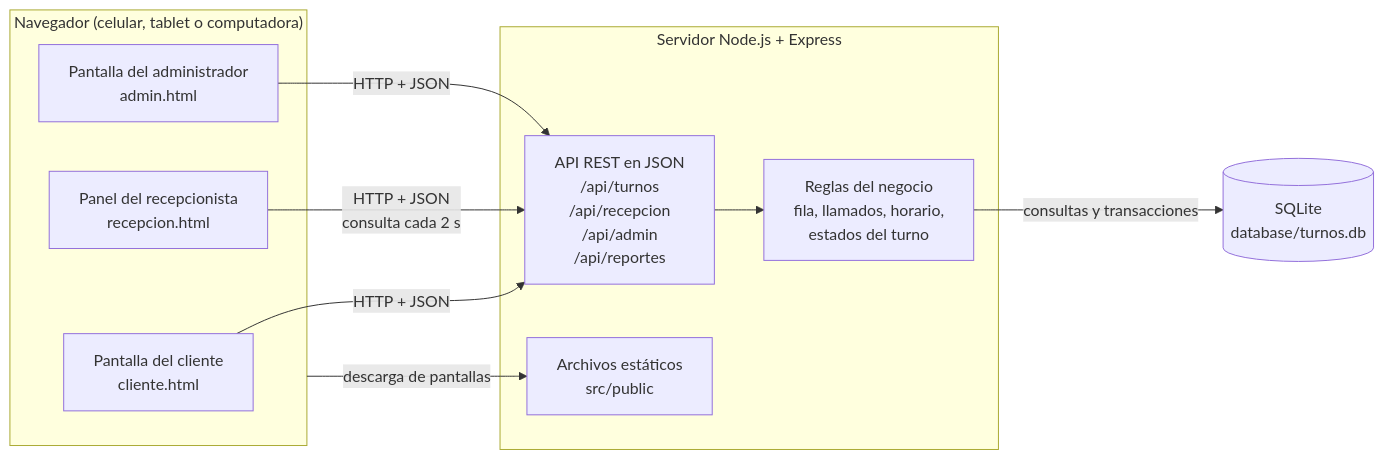
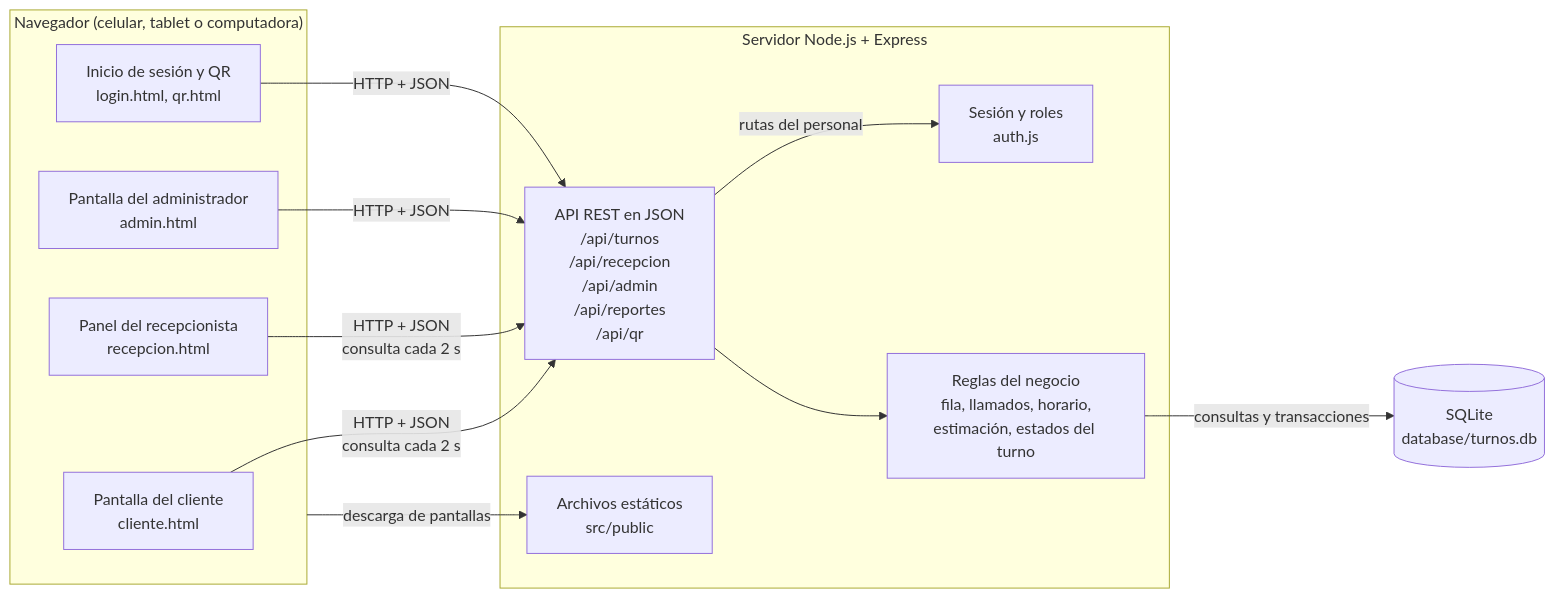
The diagram in docs/arquitectura.md (Dconduar/GestionDeTurnosProyecto), drawn with Mermaid before and after one commit. The commit also changed other lines of this file and 23 other files, not shown here.

Commit message:
GES-54: correcciones, turnos preferenciales y filtro de reportes

````diff
--- a/docs/arquitectura.md
+++ b/docs/arquitectura.md
@@ -31,23 +31,27 @@
 ```mermaid
 flowchart LR
     subgraph NAV["Navegador (celular, tablet o computadora)"]
         CL["Pantalla del cliente<br/>cliente.html"]
         RE["Panel del recepcionista<br/>recepcion.html"]
         AD["Pantalla del administrador<br/>admin.html"]
+        LO["Inicio de sesión y QR<br/>login.html, qr.html"]
     end
 
     subgraph SRV["Servidor Node.js + Express"]
-        API["API REST en JSON<br/>/api/turnos<br/>/api/recepcion<br/>/api/admin<br/>/api/reportes"]
-        REG["Reglas del negocio<br/>fila, llamados, horario,<br/>estados del turno"]
+        SES["Sesión y roles<br/>auth.js"]
+        API["API REST en JSON<br/>/api/turnos<br/>/api/recepcion<br/>/api/admin<br/>/api/reportes<br/>/api/qr"]
+        REG["Reglas del negocio<br/>fila, llamados, horario,<br/>estimación, estados del turno"]
         EST["Archivos estáticos<br/>src/public"]
     end
 
     DB[("SQLite<br/>database/turnos.db")]
 
-    CL -- "HTTP + JSON" --> API
+    CL -- "HTTP + JSON<br/>consulta cada 2 s" --> API
     RE -- "HTTP + JSON<br/>consulta cada 2 s" --> API
     AD -- "HTTP + JSON" --> API
+    LO -- "HTTP + JSON" --> API
     NAV -- "descarga de pantallas" --> EST
+    API -- "rutas del personal" --> SES
     API --> REG
     REG -- "consultas y transacciones" --> DB
 ```
````
